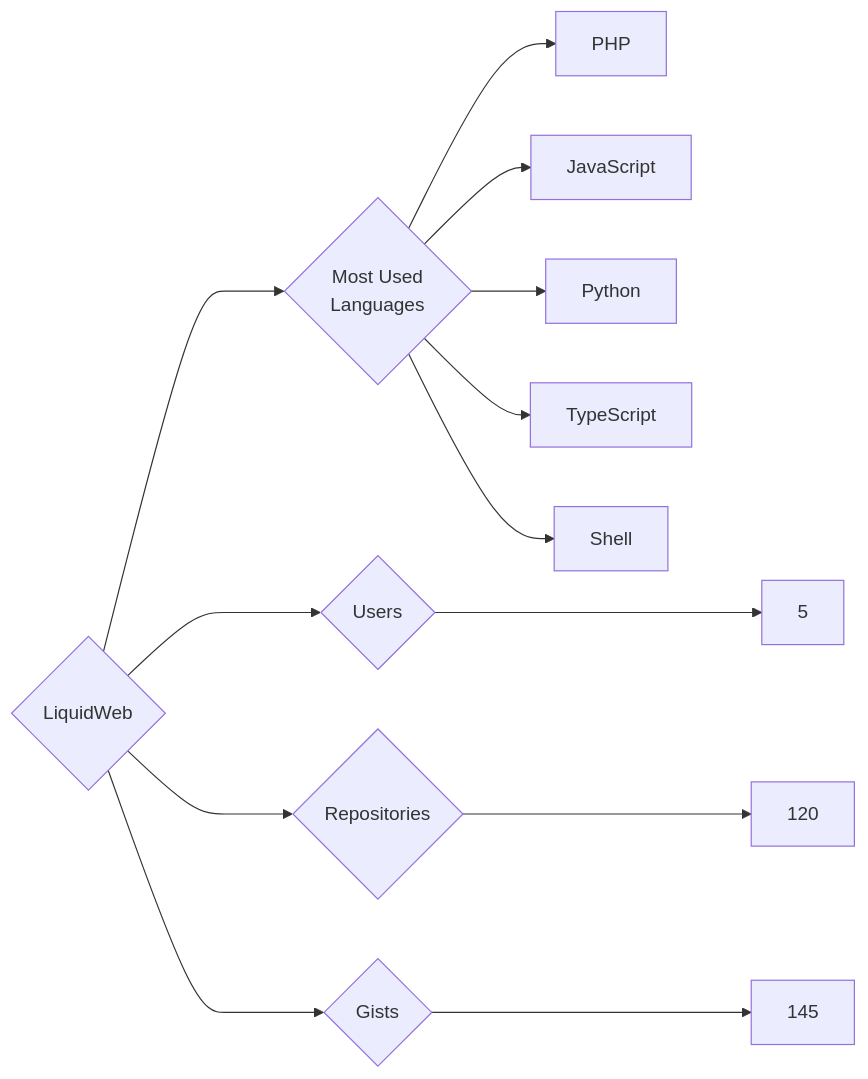
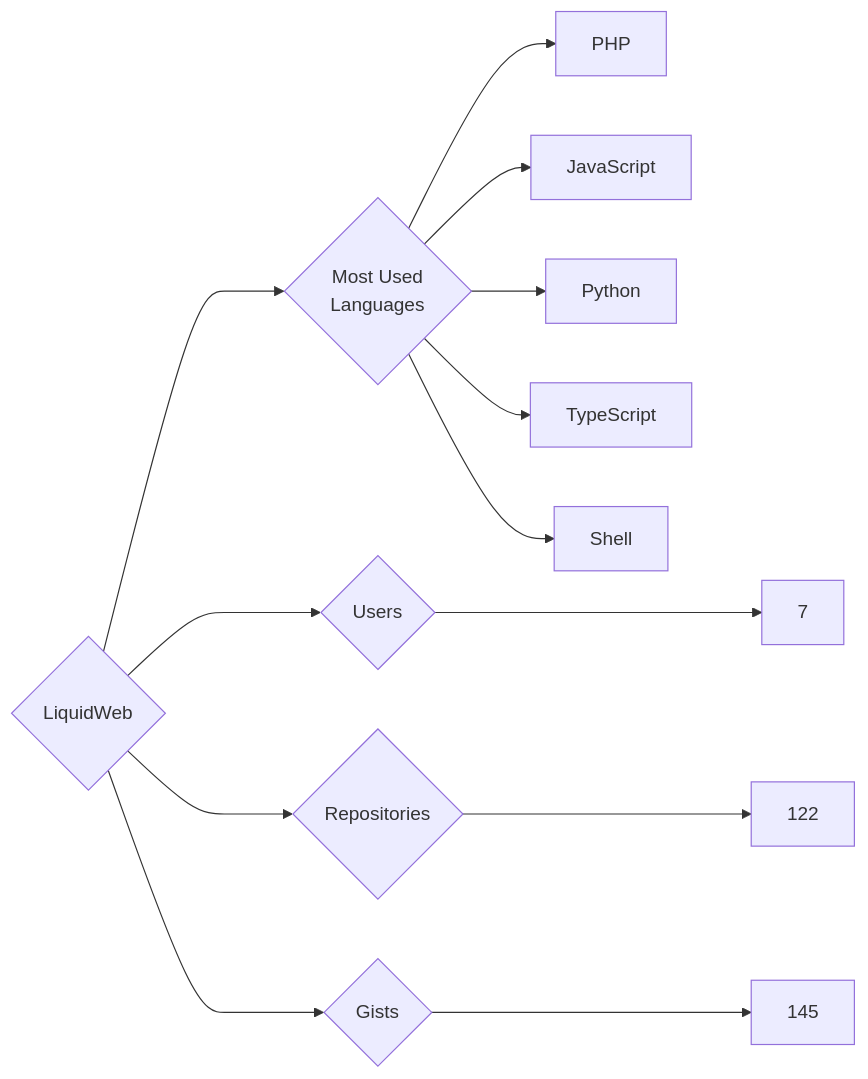
The diagram in targets/LiquidWeb/README.md (trickest/insiders), drawn with Mermaid before and after one commit. The commit also changed 736 other files, not shown here.

````diff
--- a/targets/LiquidWeb/README.md
+++ b/targets/LiquidWeb/README.md
@@ -3,13 +3,13 @@
 ```mermaid
 graph LR
 COMPANY_NAME{LiquidWeb}
-COMPANY_NAME ---> U{Users} ---> UN[5]
-COMPANY_NAME ---> R{Repositories} ---> RN[120]
+COMPANY_NAME ---> U{Users} ---> UN[7]
+COMPANY_NAME ---> R{Repositories} ---> RN[122]
 COMPANY_NAME ---> G{Gists} ---> GN[145]
 COMPANY_NAME ---> ML{Most Used<br>Languages}
 ML --> PHP[PHP]
 ML --> JavaScript[JavaScript]
 ML --> Python[Python]
 ML --> TypeScript[TypeScript]
 ML --> Shell[Shell]
 ```
````
